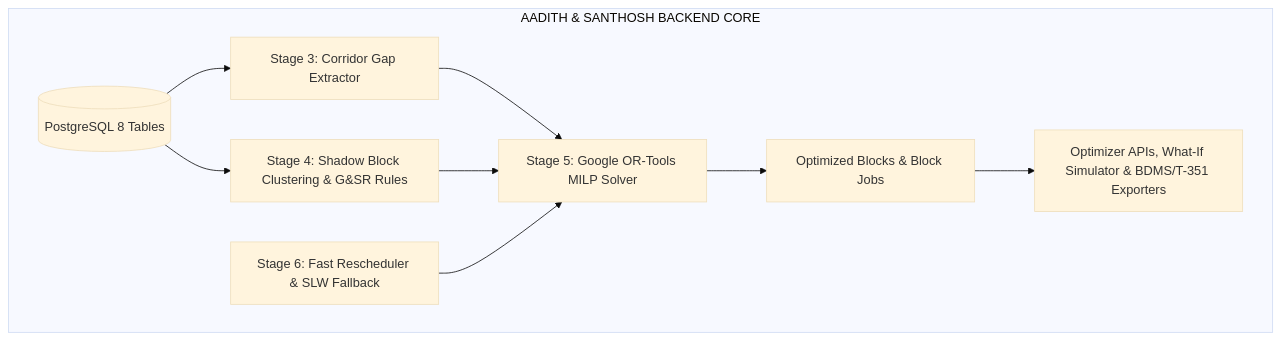
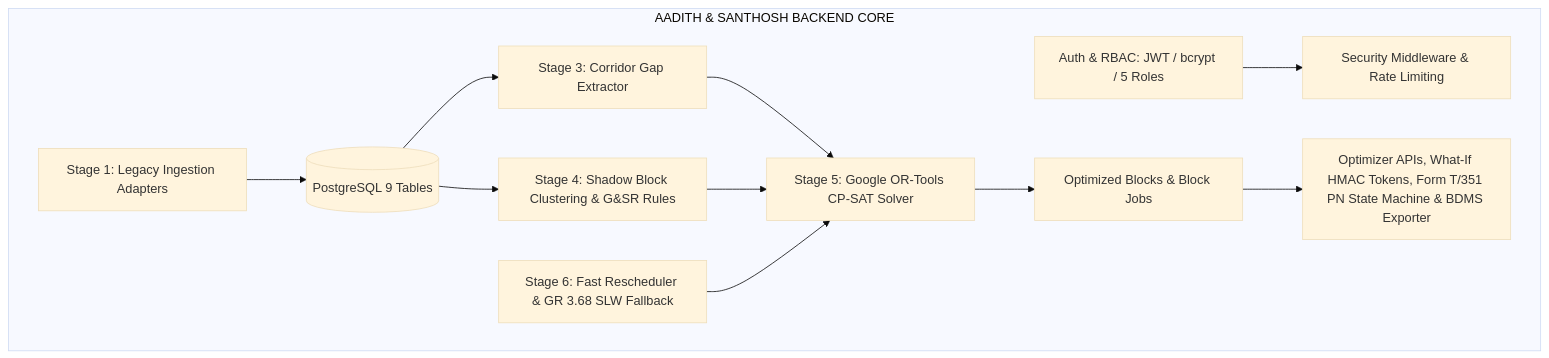
One commit to Santo29SL/SIH26-RailBlock changed the diagram in docs/core/backend_core_spec_aadith_santhosh.md. Above: the diagram before and after it, drawn with Mermaid (base theme). The commit also changed other lines of this file and 124 other files, not shown here.

````diff
--- a/docs/core/backend_core_spec_aadith_santhosh.md
+++ b/docs/core/backend_core_spec_aadith_santhosh.md
@@ -16,11 +18,13 @@
 ```mermaid
 flowchart TD
     subgraph AADITH & SANTHOSH BACKEND CORE
-        DB[(PostgreSQL 8 Tables)] --> GAP[Stage 3: Corridor Gap Extractor]
+        AUTH[Auth & RBAC: JWT / bcrypt / 5 Roles] --> SEC[Security Middleware & Rate Limiting]
+        ING[Stage 1: Legacy Ingestion Adapters] --> DB[(PostgreSQL 9 Tables)]
+        DB --> GAP[Stage 3: Corridor Gap Extractor]
         DB --> CLUST[Stage 4: Shadow Block Clustering & G&SR Rules]
-        GAP & CLUST --> OR[Stage 5: Google OR-Tools MILP Solver]
+        GAP & CLUST --> OR[Stage 5: Google OR-Tools CP-SAT Solver]
         OR --> SCHED[Optimized Blocks & Block Jobs]
-        RT[Stage 6: Fast Rescheduler & SLW Fallback] --> OR
-        SCHED --> API[Optimizer APIs, What-If Simulator & BDMS/T-351 Exporters]
+        RT[Stage 6: Fast Rescheduler & GR 3.68 SLW Fallback] --> OR
+        SCHED --> API[Optimizer APIs, What-If HMAC Tokens, Form T/351 PN State Machine & BDMS Exporter]
     end
 ```
````
